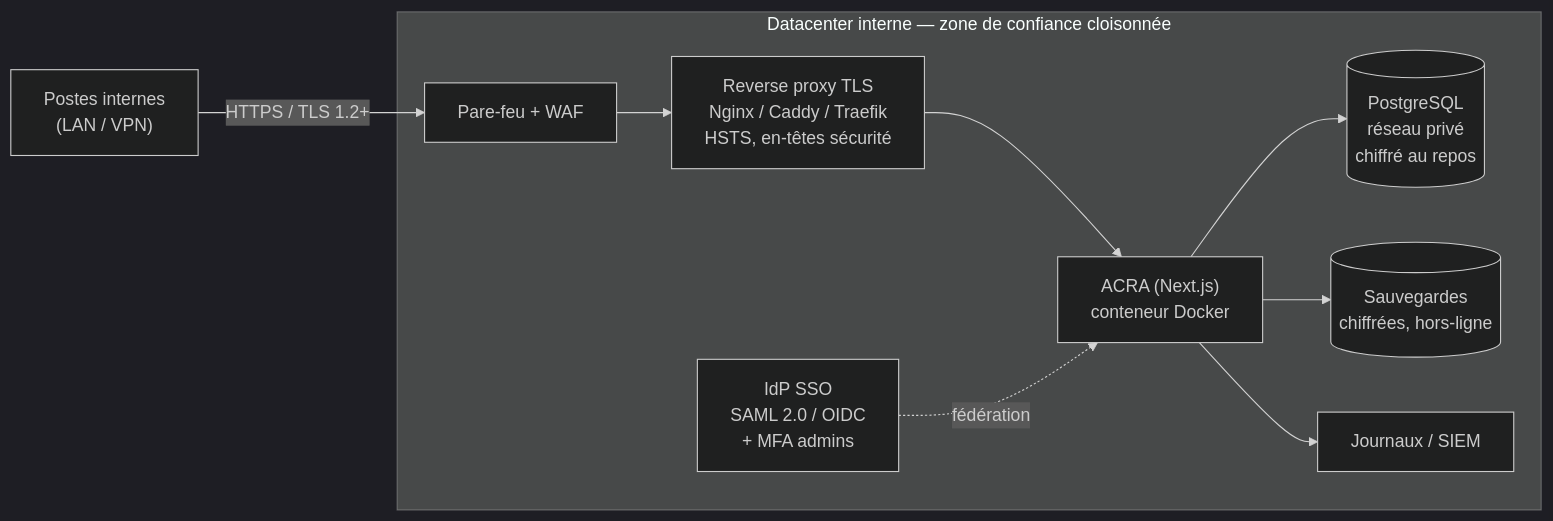
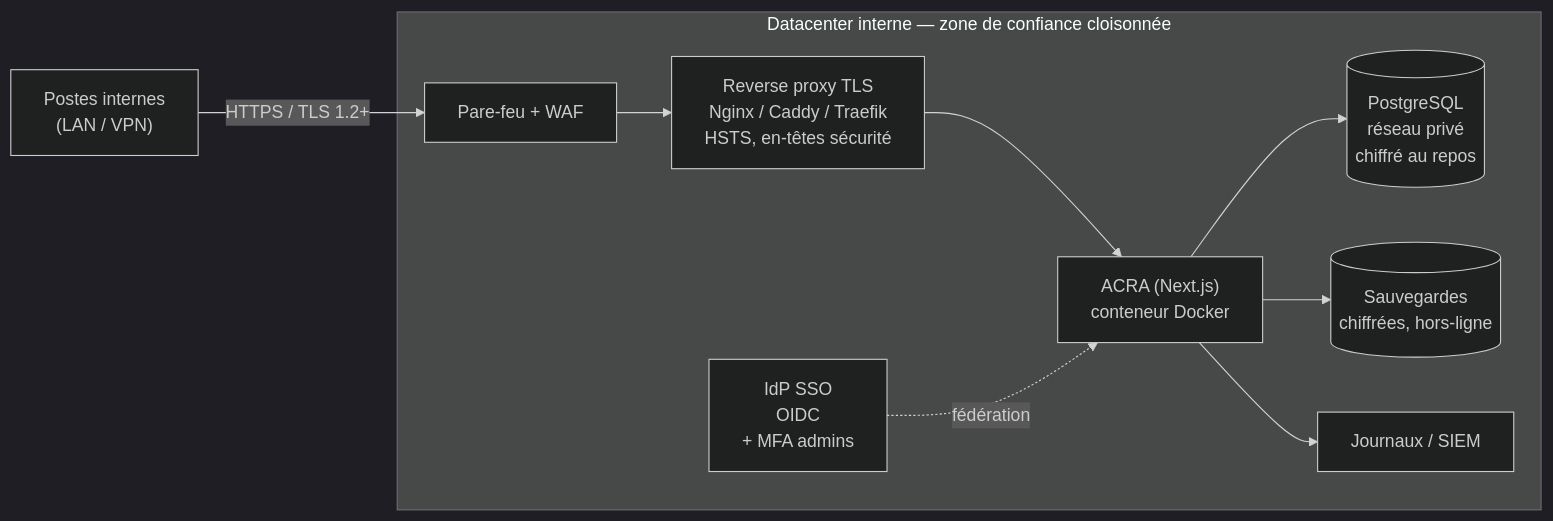
Before and after one commit to bdudout/acra: the first of 2 diagrams in README.md, drawn with Mermaid (dark theme). The commit also changed other lines of this file and 106 other files, not shown here.

````diff
--- a/README.md
+++ b/README.md
@@ -673,12 +684,12 @@
 ```mermaid
 flowchart LR
   U["Postes internes<br/>(LAN / VPN)"] -->|HTTPS / TLS 1.2+| FW["Pare-feu + WAF"]
   subgraph DC["Datacenter interne — zone de confiance cloisonnée"]
     FW --> RP["Reverse proxy TLS<br/>Nginx / Caddy / Traefik<br/>HSTS, en-têtes sécurité"]
     RP --> APP["ACRA (Next.js)<br/>conteneur Docker"]
-    IDP["IdP SSO<br/>SAML 2.0 / OIDC<br/>+ MFA admins"] -.->|fédération| APP
+    IDP["IdP SSO<br/>OIDC<br/>+ MFA admins"] -.->|fédération| APP
     APP --> DB[("PostgreSQL<br/>réseau privé<br/>chiffré au repos")]
     APP --> BK[("Sauvegardes<br/>chiffrées, hors-ligne")]
     APP --> SIEM["Journaux / SIEM"]
   end
 ```
````
